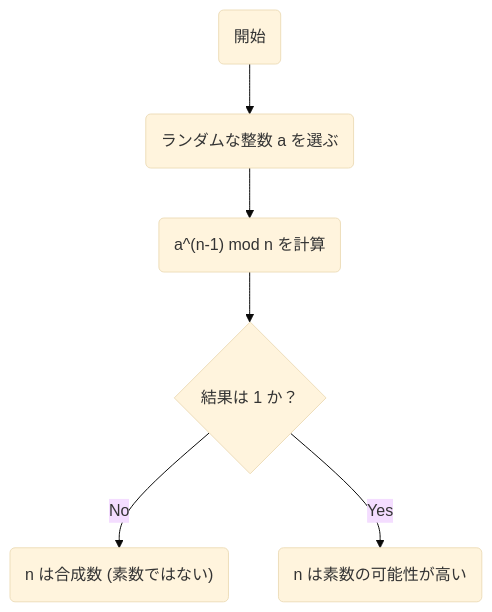
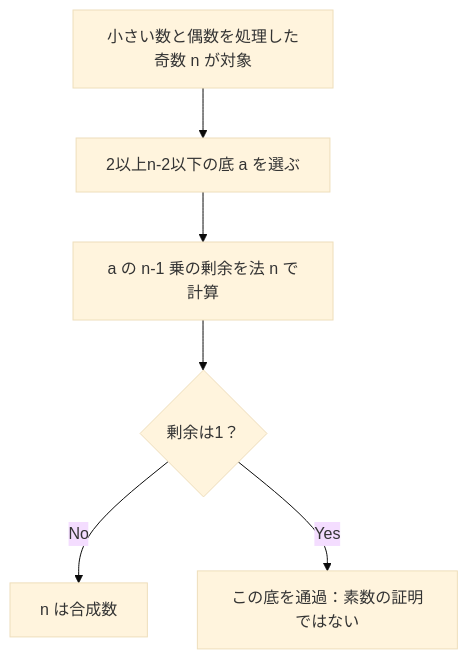
One commit to kenjinote/blog changed the first of 2 diagrams in content/post/fermats-little-theorem/index.md. Above: the diagram before and after it, drawn with Mermaid (base theme). The commit also changed other lines of this file and 8 other files, not shown here.

````diff
--- a/content/post/fermats-little-theorem/index.md
+++ b/content/post/fermats-little-theorem/index.md
@@ -85,8 +57,8 @@
 ```mermaid
 flowchart TD
-    Start("開始") --> ChooseA("ランダムな整数 a を選ぶ")
-    ChooseA --> Calc("a^(n-1) mod n を計算")
-    Calc --> Check{"結果は 1 か？"}
-    Check -- "No" --> Composite("n は合成数 (素数ではない)")
-    Check -- "Yes" --> ProbPrime("n は素数の可能性が高い")
+    Input["小さい数と偶数を処理した奇数 n が対象"] --> Choose["2以上n-2以下の底 a を選ぶ"]
+    Choose --> Calc["a の n-1 乗の剰余を法 n で計算"]
+    Calc --> Check{"剰余は1？"}
+    Check -- No --> Composite["n は合成数"]
+    Check -- Yes --> Pass["この底を通過：素数の証明ではない"]
 ```
````
